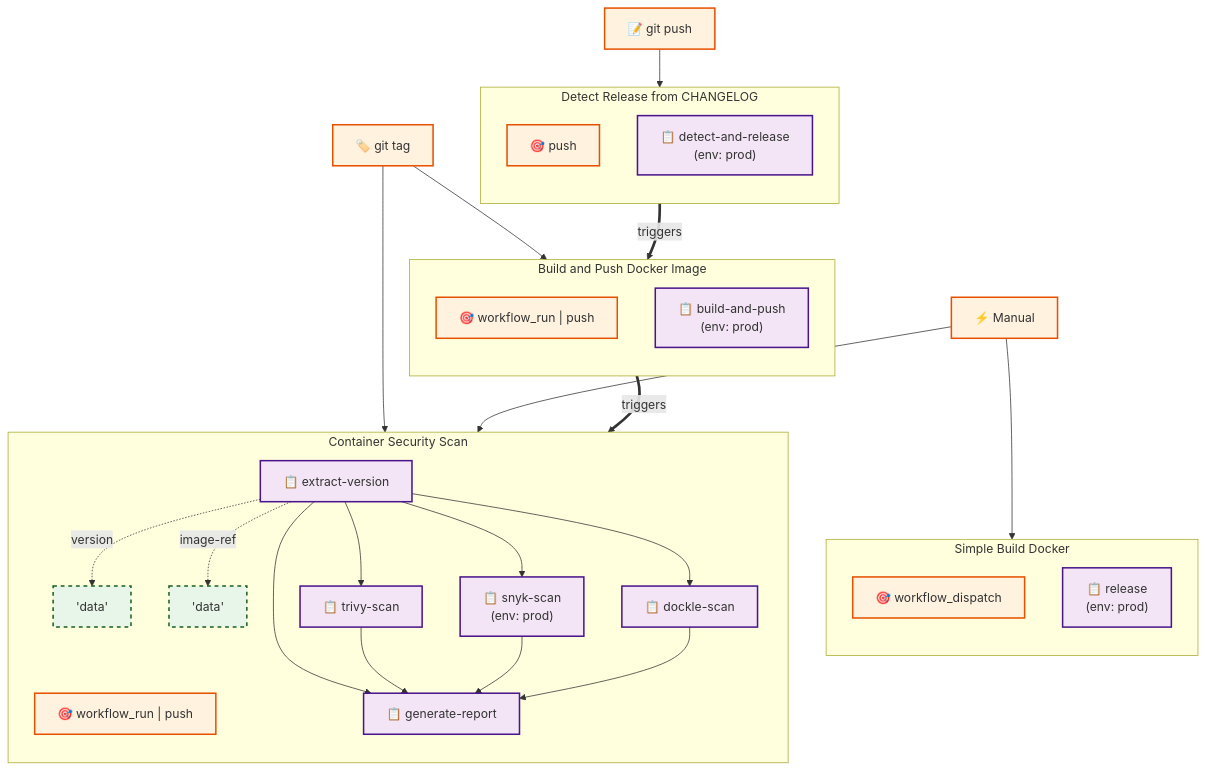
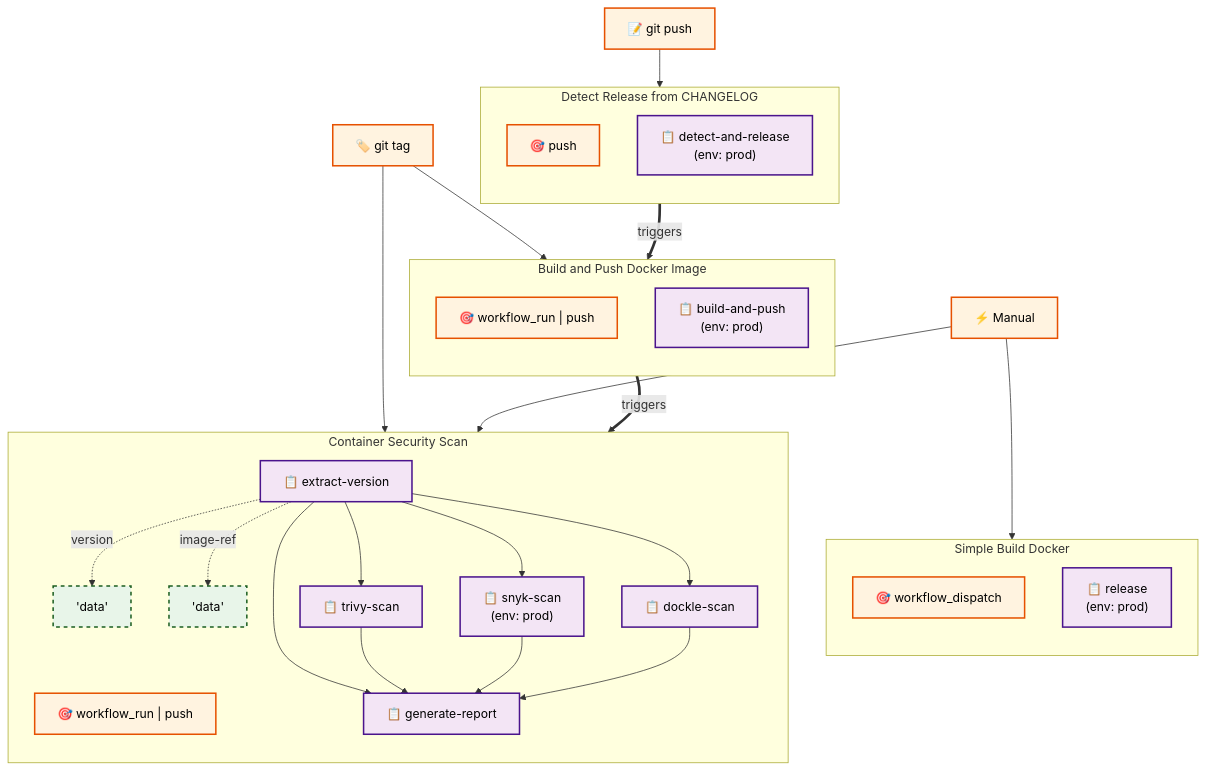
The diagram in .github/workflows/workflows-diagram.md (azdolinski/devcoder), drawn with Mermaid before and after one commit. The commit also changed 1 other file, not shown here.

Commit message:
fix: improve Mermaid diagram text contrast with black color
Added color:#000000 to all classDef styles to ensure text is readable
on light-colored backgrounds. Previously text color was not specified,
which could result in poor contrast depending on the Mermaid renderer.

````diff
--- a/.github/workflows/workflows-diagram.md
+++ b/.github/workflows/workflows-diagram.md
@@ -3,62 +3,62 @@
 ```mermaid
 flowchart TD
     %% GitHub Actions Workflow Dependency Diagram
 
-    classDef workflow fill:#e1f5fe,stroke:#01579b,stroke-width:2px
-    classDef trigger fill:#fff3e0,stroke:#e65100,stroke-width:2px
-    classDef job fill:#f3e5f5,stroke:#4a148c,stroke-width:2px
-    classDef dataFlow fill:#e8f5e9,stroke:#1b5e20,stroke-width:2px,stroke-dasharray: 5 5
+    classDef workflow fill:#e1f5fe,stroke:#01579b,stroke-width:2px,color:#000000
+    classDef trigger fill:#fff3e0,stroke:#e65100,stroke-width:2px,color:#000000
+    classDef job fill:#f3e5f5,stroke:#4a148c,stroke-width:2px,color:#000000
+    classDef dataFlow fill:#e8f5e9,stroke:#1b5e20,stroke-width:2px,stroke-dasharray: 5 5,color:#000000
 
     subgraph Build_and_Push_Docker_Image["Build and Push Docker Image"]
         direction TB
 
         Build_and_Push_Docker_Image_trigger["🎯 workflow_run | push"]:::trigger
         Build_and_Push_Docker_Image_build-and-push["📋 build-and-push\n(env: prod)"]:::job
     end
 
     subgraph Container_Security_Scan["Container Security Scan"]
         direction TB
 
         Container_Security_Scan_trigger["🎯 workflow_run | push"]:::trigger
         Container_Security_Scan_extract-version["📋 extract-version"]:::job
         Container_Security_Scan_extract-version -.->|version| Container_Security_Scan_extract-version_version['data']:::dataFlow
         Container_Security_Scan_extract-version -.->|image-ref| Container_Security_Scan_extract-version_image_ref['data']:::dataFlow
         Container_Security_Scan_trivy-scan["📋 trivy-scan"]:::job
         Container_Security_Scan_extract-version --> Container_Security_Scan_trivy-scan
         Container_Security_Scan_snyk-scan["📋 snyk-scan\n(env: prod)"]:::job
         Container_Security_Scan_extract-version --> Container_Security_Scan_snyk-scan
         Container_Security_Scan_dockle-scan["📋 dockle-scan"]:::job
         Container_Security_Scan_extract-version --> Container_Security_Scan_dockle-scan
         Container_Security_Scan_generate-report["📋 generate-report"]:::job
         Container_Security_Scan_extract-version --> Container_Security_Scan_generate-report
         Container_Security_Scan_trivy-scan --> Container_Security_Scan_generate-report
         Container_Security_Scan_snyk-scan --> Container_Security_Scan_generate-report
         Container_Security_Scan_dockle-scan --> Container_Security_Scan_generate-report
     end
 
     subgraph Detect_Release_from_CHANGELOG["Detect Release from CHANGELOG"]
         direction TB
 
         Detect_Release_from_CHANGELOG_trigger["🎯 push"]:::trigger
         Detect_Release_from_CHANGELOG_detect-and-release["📋 detect-and-release\n(env: prod)"]:::job
     end
 
     subgraph Simple_Build_Docker["Simple Build Docker"]
         direction TB
 
         Simple_Build_Docker_trigger["🎯 workflow_dispatch"]:::trigger
         Simple_Build_Docker_release["📋 release\n(env: prod)"]:::job
     end
 
     Detect_Release_from_CHANGELOG_trigger ==> |triggers| Build_and_Push_Docker_Image_trigger
     Build_and_Push_Docker_Image_trigger ==> |triggers| Container_Security_Scan_trigger
     Push["📝 git push"]:::trigger
     TagPush["🏷️ git tag"]:::trigger
     Manual["⚡ Manual"]:::trigger
 
     TagPush --> Build_and_Push_Docker_Image_trigger
     TagPush --> Container_Security_Scan_trigger
     Manual --> Container_Security_Scan_trigger
     Push --> Detect_Release_from_CHANGELOG_trigger
     Manual --> Simple_Build_Docker_trigger
 ```
````
